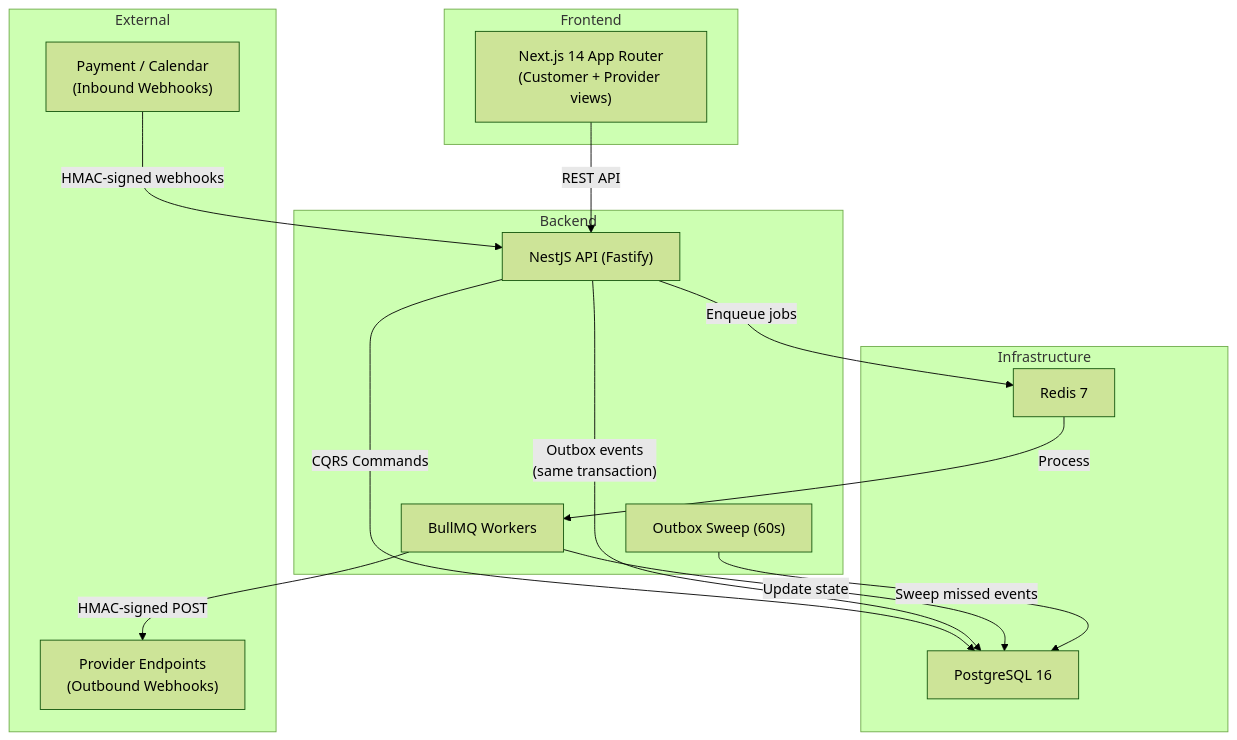
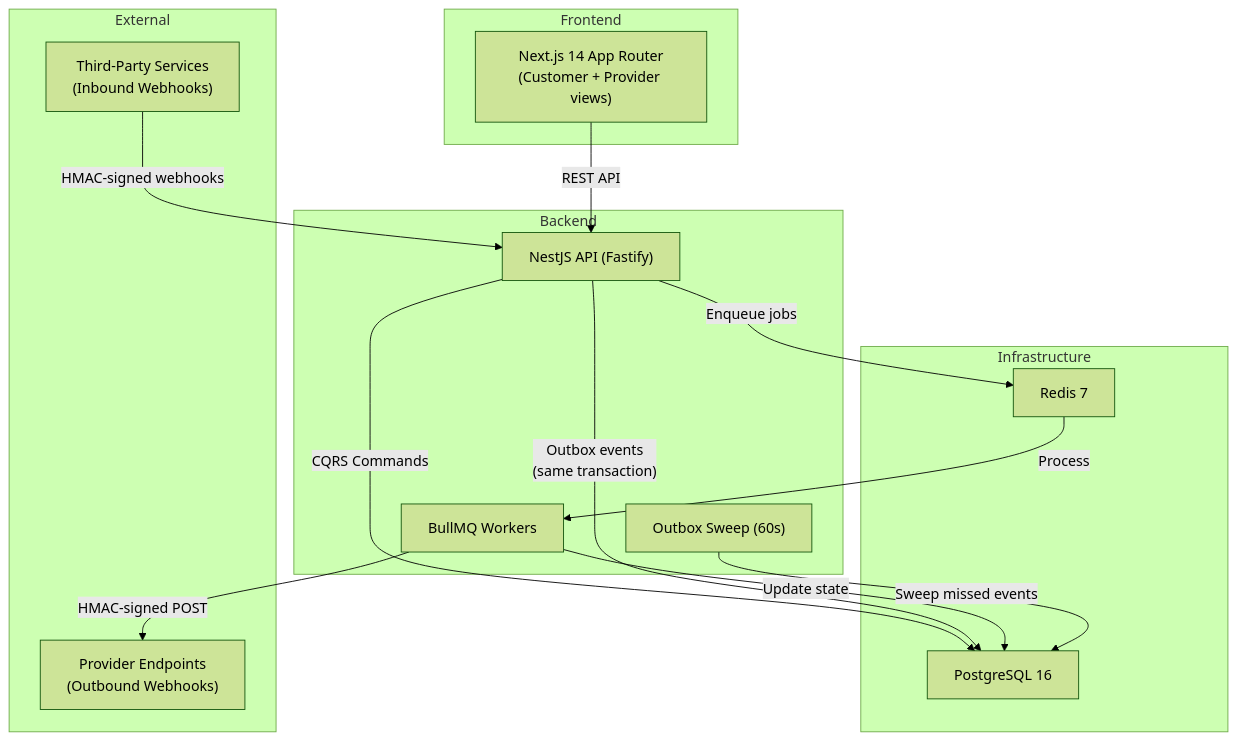
Before and after one commit to jeromejhipolito/booking-system: the diagram in README.md, drawn with Mermaid (forest theme). The commit also changed other lines of this file and 1 other file, not shown here.

Commit message:
Fix README: remove Shopify/payment references from external services

````diff
--- a/README.md
+++ b/README.md
@@ -11,32 +11,32 @@
 ```mermaid
 graph TB
     subgraph "Frontend"
         WEB["Next.js 14 App Router<br/>(Customer + Provider views)"]
     end
 
     subgraph "Backend"
         API["NestJS API (Fastify)"]
         WORKER["BullMQ Workers"]
         CRON["Outbox Sweep (60s)"]
     end
 
     subgraph "Infrastructure"
         PG["PostgreSQL 16"]
         REDIS["Redis 7"]
     end
 
     subgraph "External"
-        EXT["Payment / Calendar<br/>(Inbound Webhooks)"]
+        EXT["Third-Party Services<br/>(Inbound Webhooks)"]
         PROVIDER["Provider Endpoints<br/>(Outbound Webhooks)"]
     end
 
     WEB -->|"REST API"| API
     EXT -->|"HMAC-signed webhooks"| API
     API -->|"CQRS Commands"| PG
     API -->|"Outbox events<br/>(same transaction)"| PG
     API -->|"Enqueue jobs"| REDIS
     REDIS -->|"Process"| WORKER
     WORKER -->|"HMAC-signed POST"| PROVIDER
     WORKER -->|"Update state"| PG
     CRON -->|"Sweep missed events"| PG
 ```
````
